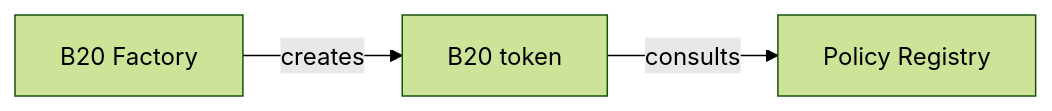
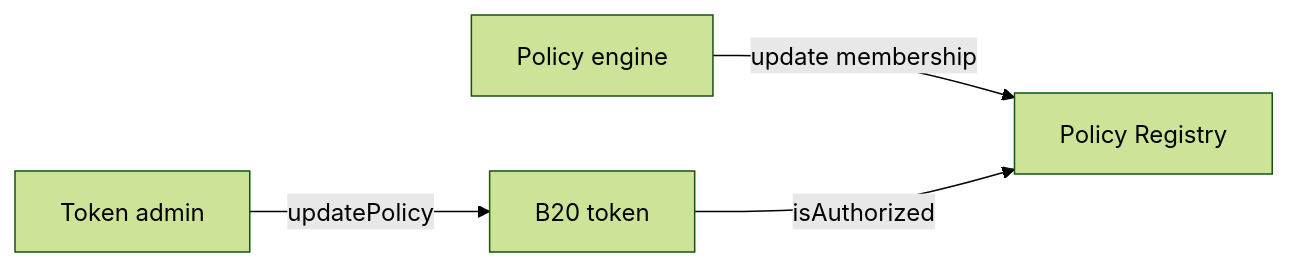
Before and after one commit to base/base-std: the third of 5 diagrams in docs/overview.md, drawn with Mermaid (forest theme). The commit also changed other lines of this file, not shown here.

````diff
--- a/docs/overview.md
+++ b/docs/overview.md
@@ -72,8 +121,10 @@
 ```mermaid
 flowchart LR
-    F[B20 Factory]
+    E[Policy engine]
+    A[Token admin]
+    R[Policy Registry]
     T[B20 token]
-    R[Policy Registry]
-    F -->|creates| T
-    T -->|consults| R
+    E -->|update membership| R
+    A -->|updatePolicy| T
+    T -->|isAuthorized| R
 ```
````
